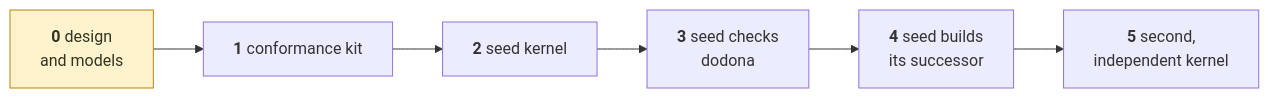
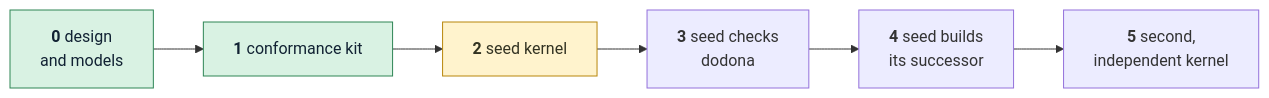
One commit to sloik/dodona changed the fifth of 5 diagrams in README.md. Above: the diagram before and after it, drawn with Mermaid. The commit also changed other lines of this file and 18 other files, not shown here.

````diff
--- a/README.md
+++ b/README.md
@@ -150,6 +151,8 @@
 ```mermaid
 flowchart LR
     S0["<b>0</b> design<br/>and models"] --> S1["<b>1</b> conformance kit"] --> S2["<b>2</b> seed kernel"] --> S3["<b>3</b> seed checks<br/>dodona"] --> S4["<b>4</b> seed builds<br/>its successor"] --> S5["<b>5</b> second,<br/>independent kernel"]
+    classDef done fill:#d9f2e3,stroke:#2e8555,color:#123
     classDef now fill:#fff3cd,stroke:#b8860b,color:#332
-    class S0 now
+    class S0,S1 done
+    class S2 now
 ```
````
